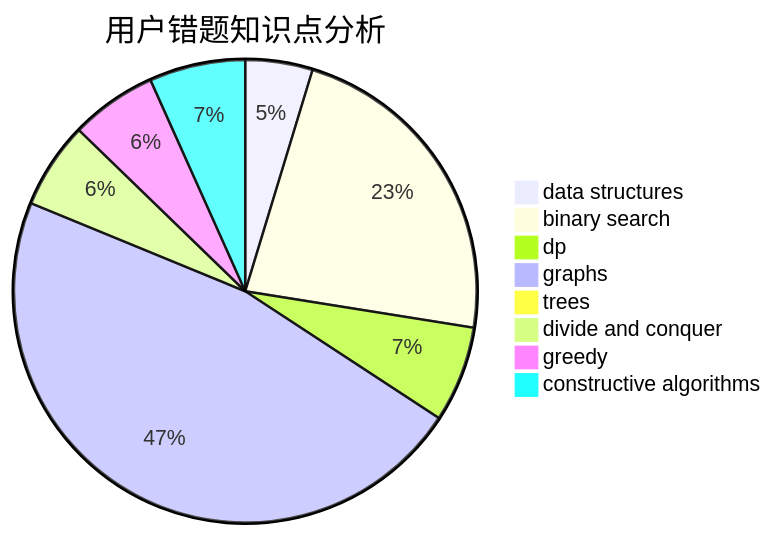
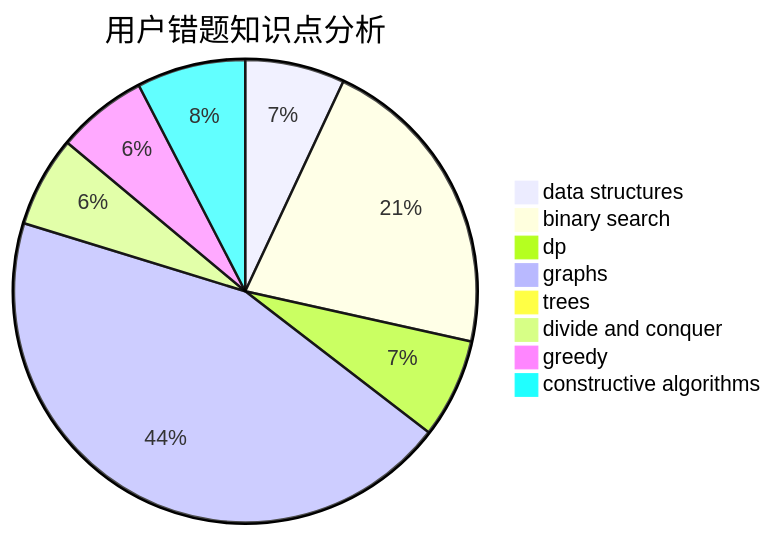
Before and after one commit to sherpahu/cfrs.github.io: the third of 3 diagrams in docs/user/u2494.md, drawn with Mermaid. The commit also changed other lines of this file and 2770 other files, not shown here.

````diff
--- a/docs/user/u2494.md
+++ b/docs/user/u2494.md
@@ -36,11 +36,11 @@
 ```mermaid
 pie title 用户错题知识点分析
-    "data structures" :  7
+    "data structures" :  11
     "binary search" :  34
-    "dp" :  10
+    "dp" :  11
     "graphs" :  70
     "trees" :  1
-    "divide and conquer" :  9
-    "greedy" :  9
-    "constructive algorithms" :  10
+    "divide and conquer" :  10
+    "greedy" :  10
+    "constructive algorithms" :  12
 ```
````
